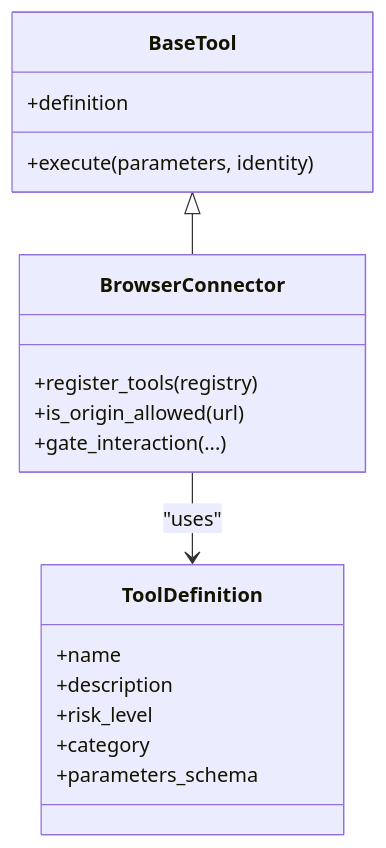
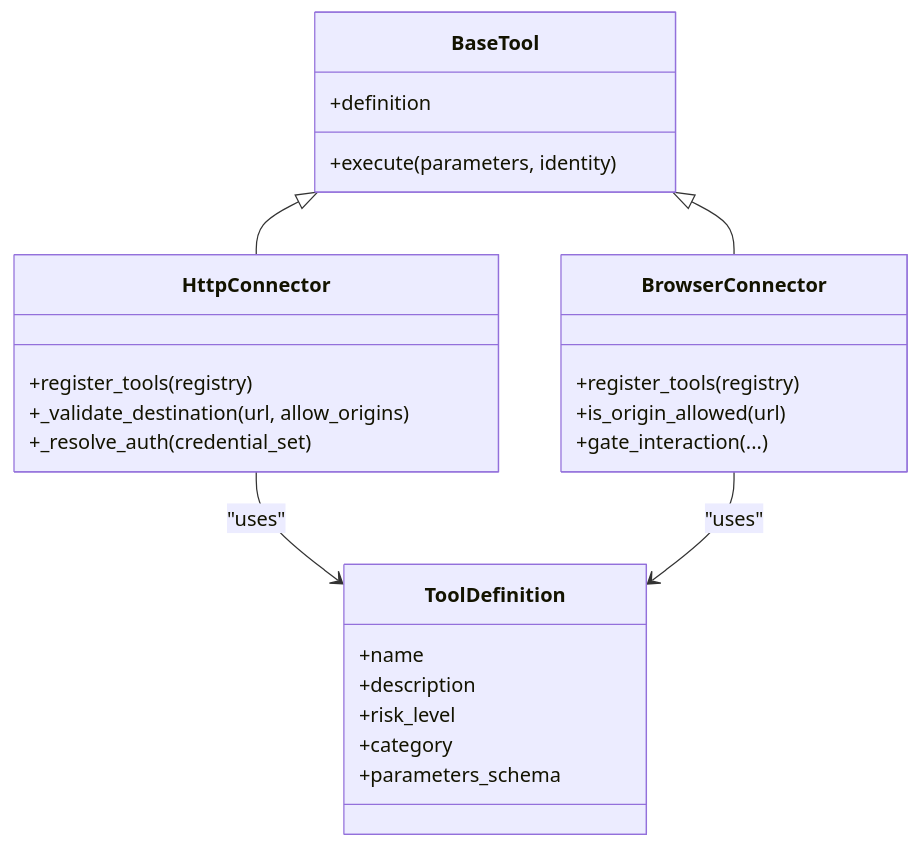
Before and after one commit to metasync/luban-aiops: the seventh of 9 diagrams in .qoder/repowiki/en/content/Core Services/Tool Gateway/Credential Management and Security.md, drawn with Mermaid. The commit also changed other lines of this file and 102 other files, not shown here.

````diff
--- a/.qoder/repowiki/en/content/Core Services/Tool Gateway/Credential Management and Security.md
+++ b/.qoder/repowiki/en/content/Core Services/Tool Gateway/Credential Management and Security.md
@@ -222,21 +302,28 @@
 ```mermaid
 classDiagram
 class ToolDefinition {
 +name
 +description
 +risk_level
 +category
 +parameters_schema
 }
 class BaseTool {
 +definition
 +execute(parameters, identity)
 }
+class HttpConnector {
++register_tools(registry)
++_validate_destination(url, allow_origins)
++_resolve_auth(credential_set)
+}
 class BrowserConnector {
 +register_tools(registry)
 +is_origin_allowed(url)
 +gate_interaction(...)
 }
+BaseTool <|-- HttpConnector
 BaseTool <|-- BrowserConnector
+HttpConnector --> ToolDefinition : "uses"
 BrowserConnector --> ToolDefinition : "uses"
 ```
````
